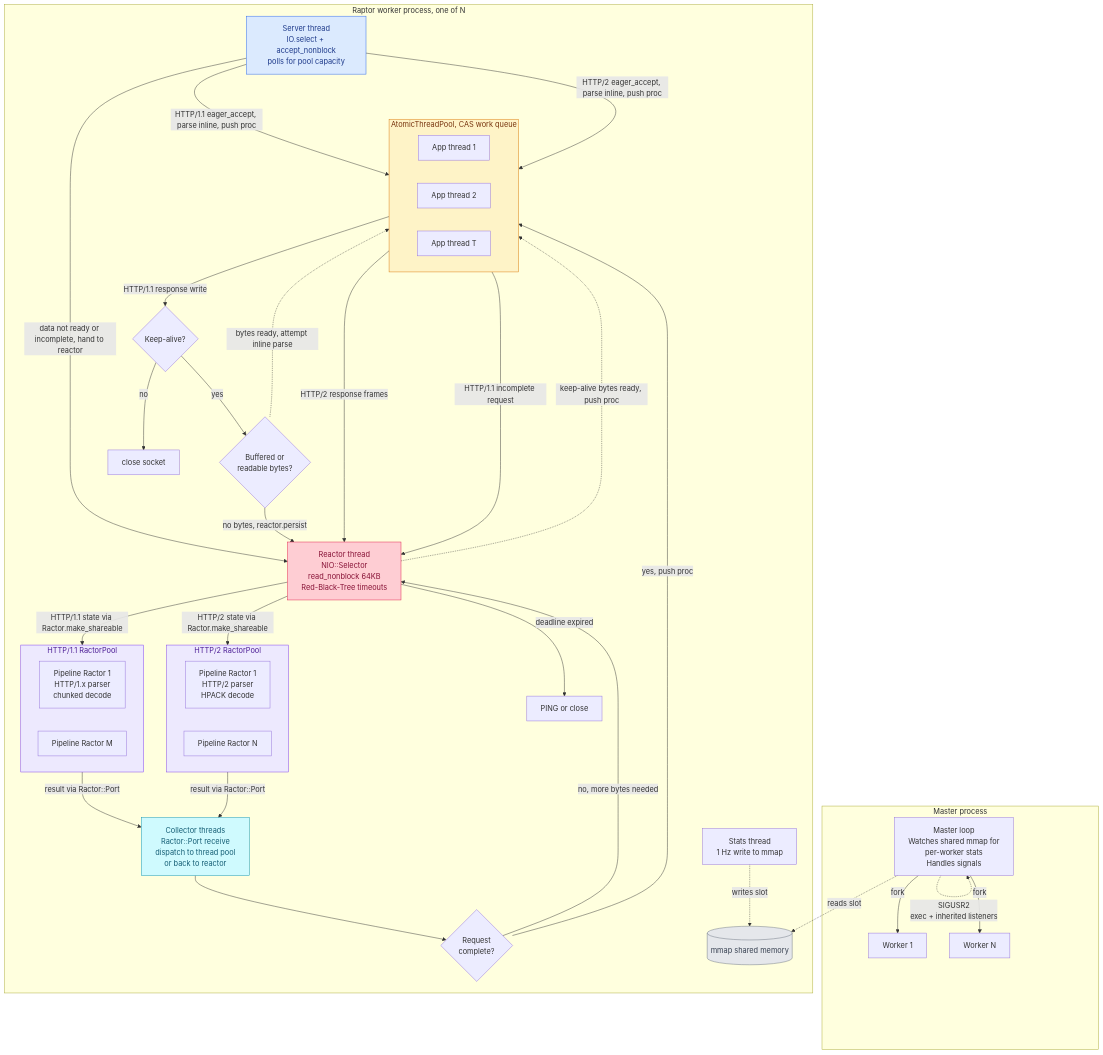
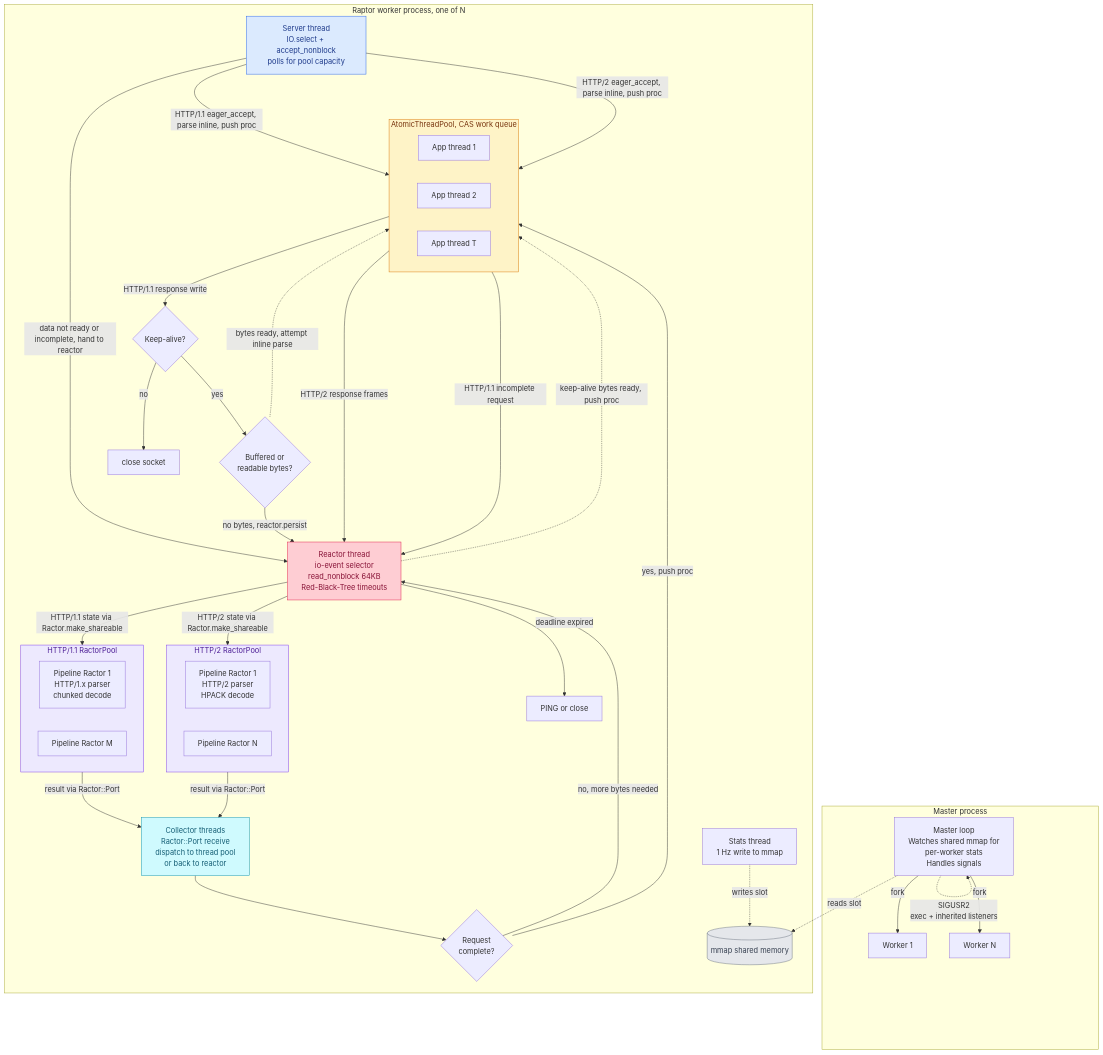
Before and after one commit to joshuay03/raptor: the second of 2 diagrams in docs/raptor-vs-puma.md, drawn with Mermaid. The commit also changed other lines of this file and 10 other files, not shown here.

Commit message:
Use io-event for reactor I/O readiness

````diff
--- a/docs/raptor-vs-puma.md
+++ b/docs/raptor-vs-puma.md
@@ -120,77 +120,77 @@
 ```mermaid
 flowchart TB
     subgraph Master["Master process"]
         MM["Master loop<br/>Watches shared mmap for<br/>per-worker stats<br/>Handles signals"]
         MM -->|"fork"| WK1["Worker 1"]
         MM -->|"fork"| WKN["Worker N"]
         MM -.->|"SIGUSR2<br/>exec + inherited listeners"| MM
     end
 
     subgraph Worker["Raptor worker process, one of N"]
         SRV["Server thread<br/>IO.select + accept_nonblock<br/>polls for pool capacity"]
 
-        RCT["Reactor thread<br/>NIO::Selector<br/>read_nonblock 64KB<br/>Red-Black-Tree timeouts"]
+        RCT["Reactor thread<br/>io-event selector<br/>read_nonblock 64KB<br/>Red-Black-Tree timeouts"]
 
         subgraph RP1["HTTP/1.1 RactorPool"]
             RW1["Pipeline Ractor 1<br/>HTTP/1.x parser<br/>chunked decode"]
             RWM["Pipeline Ractor M"]
         end
 
         subgraph RP2["HTTP/2 RactorPool"]
             RW2["Pipeline Ractor 1<br/>HTTP/2 parser<br/>HPACK decode"]
             RWN["Pipeline Ractor N"]
         end
 
         COL["Collector threads<br/>Ractor::Port receive<br/>dispatch to thread pool<br/>or back to reactor"]
 
         subgraph ATP["AtomicThreadPool, CAS work queue"]
             TR1["App thread 1"]
             TR2["App thread 2"]
             TR3["App thread T"]
         end
 
         STA["Stats thread<br/>1 Hz write to mmap"]
 
         CHK{"Request<br/>complete?"}
         KA{"Keep-alive?"}
         EAG{"Buffered or<br/>readable bytes?"}
 
         SRV -->|"HTTP/1.1 eager_accept, parse inline, push proc"| ATP
         SRV -->|"HTTP/2 eager_accept, parse inline, push proc"| ATP
         SRV -->|"data not ready or incomplete, hand to reactor"| RCT
         RCT -->|"HTTP/1.1 state via Ractor.make_shareable"| RP1
         RCT -->|"HTTP/2 state via Ractor.make_shareable"| RP2
         RP1 -->|"result via Ractor::Port"| COL
         RP2 -->|"result via Ractor::Port"| COL
         COL --> CHK
         CHK -->|"no, more bytes needed"| RCT
         CHK -->|"yes, push proc"| ATP
         ATP -->|"HTTP/2 response frames"| RCT
         ATP -->|"HTTP/1.1 response write"| KA
         KA -->|"no"| CLS["close socket"]
         KA -->|"yes"| EAG
         EAG -.->|"bytes ready, attempt inline parse"| ATP
         ATP -->|"HTTP/1.1 incomplete request"| RCT
         EAG -->|"no bytes, reactor.persist"| RCT
         RCT -.->|"keep-alive bytes ready, push proc"| ATP
         RCT -->|"deadline expired"| TO["PING or close"]
 
         STA -.->|"writes slot"| SHM[("mmap shared memory")]
     end
 
     MM -.->|"reads slot"| SHM
 
     classDef accept fill:#dbeafe,stroke:#2563eb,color:#1e3a8a
     classDef reactor fill:#fecdd3,stroke:#e11d48,color:#881337
     classDef parse fill:#ede9fe,stroke:#7c3aed,color:#4c1d95
     classDef pool fill:#fef3c7,stroke:#d97706,color:#78350f
     classDef collector fill:#cffafe,stroke:#0891b2,color:#155e75
     classDef storage fill:#e5e7eb,stroke:#6b7280,color:#374151
     class SRV accept
     class RCT reactor
     class RP1 parse
     class RP2 parse
     class ATP pool
     class COL collector
     class SHM storage
 ```
````
